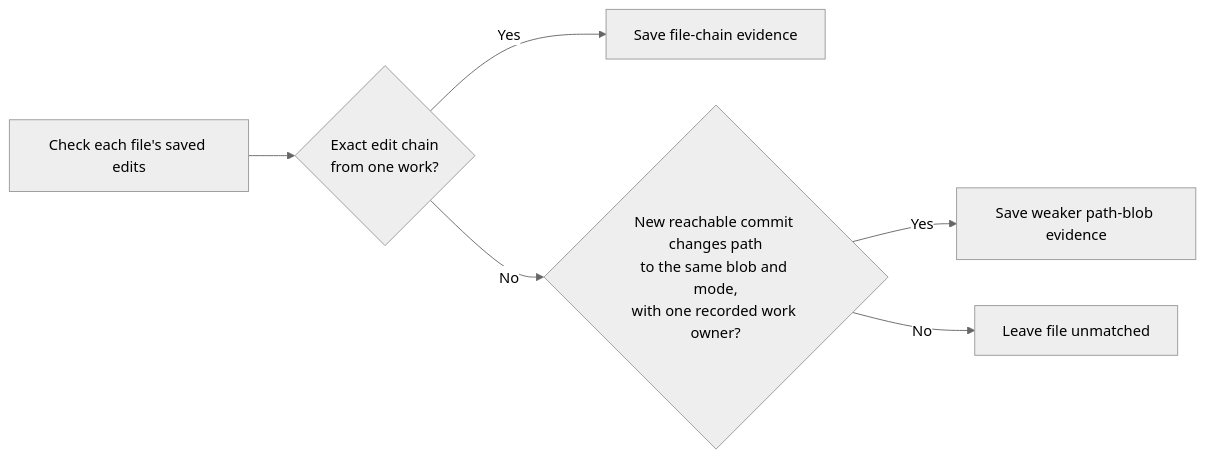
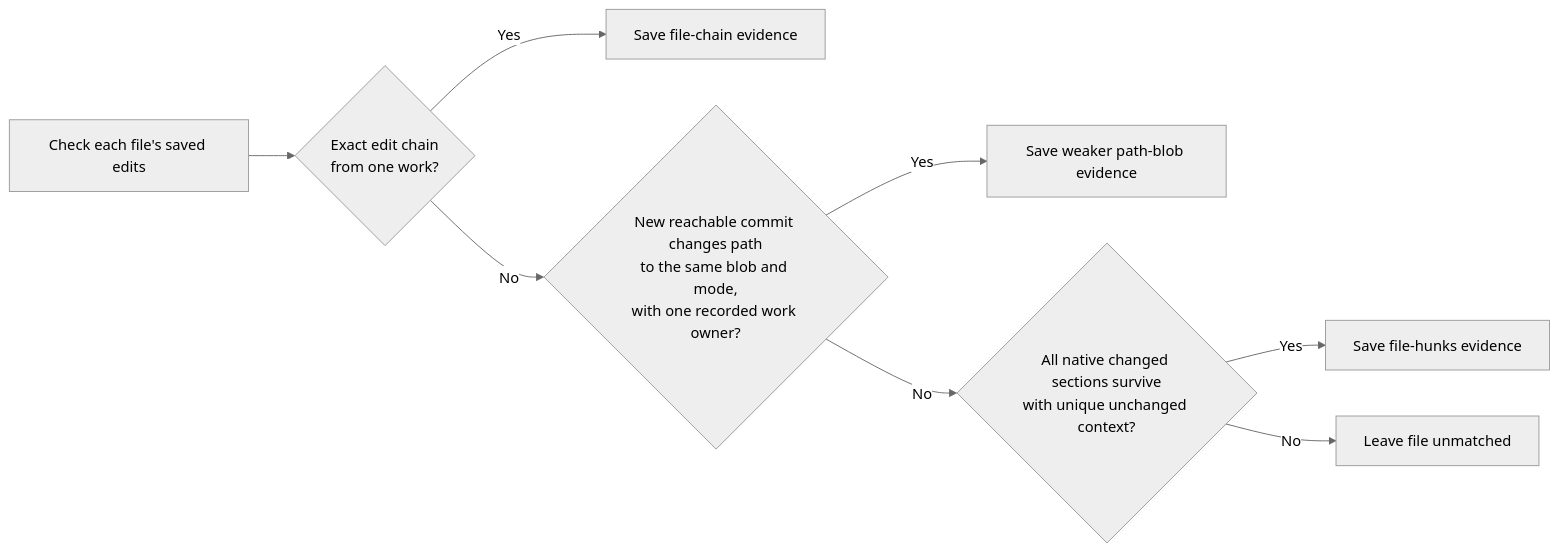
The sixth of 8 diagrams in docs/work-attribution.md (getkimchi/kimchi), drawn with Mermaid (neutral theme) before and after one commit. The commit also changed other lines of this file and 14 other files, not shown here.

````diff
--- a/docs/work-attribution.md
+++ b/docs/work-attribution.md
@@ -192,8 +196,10 @@
 ```mermaid
 flowchart LR
     F["Check each file's saved edits"] --> M{"Exact edit chain<br/>from one work?"}
     M -->|Yes| T["Save file-chain evidence"]
     M -->|No| B{"New reachable commit changes path<br/>to the same blob and mode,<br/>with one recorded work owner?"}
     B -->|Yes| P["Save weaker path-blob evidence"]
-    B -->|No| U["Leave file unmatched"]
+    B -->|No| H{"All native changed sections survive<br/>with unique unchanged context?"}
+    H -->|Yes| Q["Save file-hunks evidence"]
+    H -->|No| U["Leave file unmatched"]
 ```
````
